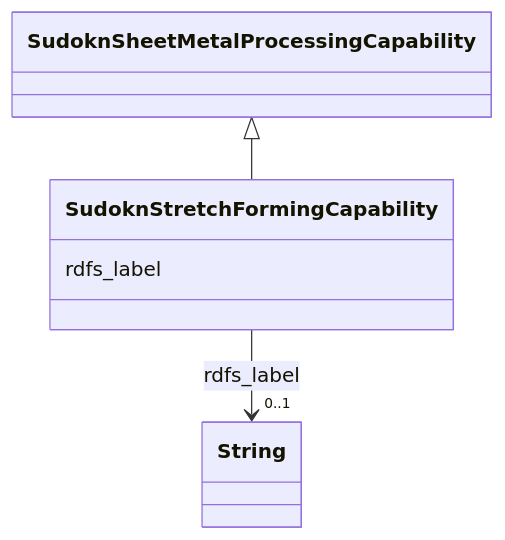
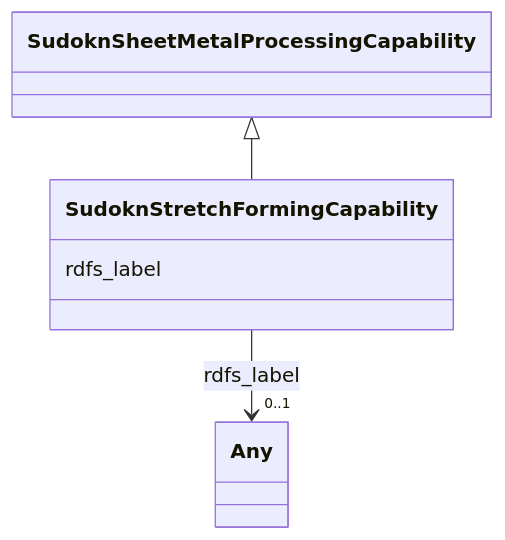
One commit to frink-okn/graph-descriptions changed the diagram in sudokn-kg/classes/SudoknStretchFormingCapability.md. Above: the diagram before and after it, drawn with Mermaid. The commit also changed other lines of this file and 903 other files, not shown here.

````diff
--- a/sudokn-kg/classes/SudoknStretchFormingCapability.md
+++ b/sudokn-kg/classes/SudoknStretchFormingCapability.md
@@ -23,18 +16,18 @@
 ```mermaid
  classDiagram
     class SudoknStretchFormingCapability
     click SudoknStretchFormingCapability href "../SudoknStretchFormingCapability"
       SudoknSheetMetalProcessingCapability <|-- SudoknStretchFormingCapability
         click SudoknSheetMetalProcessingCapability href "../SudoknSheetMetalProcessingCapability"
       
       SudoknStretchFormingCapability : rdfs_label
         
           
     
     
-    SudoknStretchFormingCapability --> "0..1" String : rdfs_label
-    click String href "../String"
+    SudoknStretchFormingCapability --> "0..1" Any : rdfs_label
+    click Any href "../Any"
 
         
       
 ```
````
